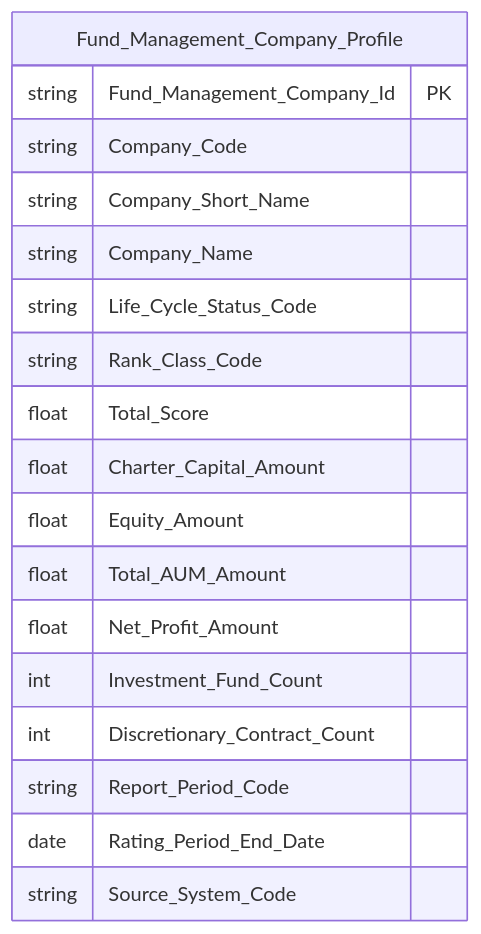
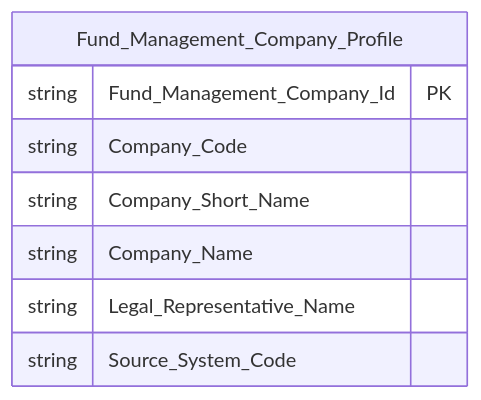
One commit to linhlvit/ubck_atomic_design changed diagram 13 of 37 in Datamart/hld/DTM_FMS_HLD.md. Above: the diagram before and after it, drawn with Mermaid. The commit also changed other lines of this file and 5 other files, not shown here.

````diff
--- a/Datamart/hld/DTM_FMS_HLD.md
+++ b/Datamart/hld/DTM_FMS_HLD.md
@@ -645,21 +484,11 @@
 ```mermaid
 erDiagram
     Fund_Management_Company_Profile {
         string Fund_Management_Company_Id PK
         string Company_Code
         string Company_Short_Name
         string Company_Name
-        string Life_Cycle_Status_Code
-        string Rank_Class_Code
-        float Total_Score
-        float Charter_Capital_Amount
-        float Equity_Amount
-        float Total_AUM_Amount
-        float Net_Profit_Amount
-        int Investment_Fund_Count
-        int Discretionary_Contract_Count
-        string Report_Period_Code
-        date Rating_Period_End_Date
+        string Legal_Representative_Name
         string Source_System_Code
     }
 ```
````
